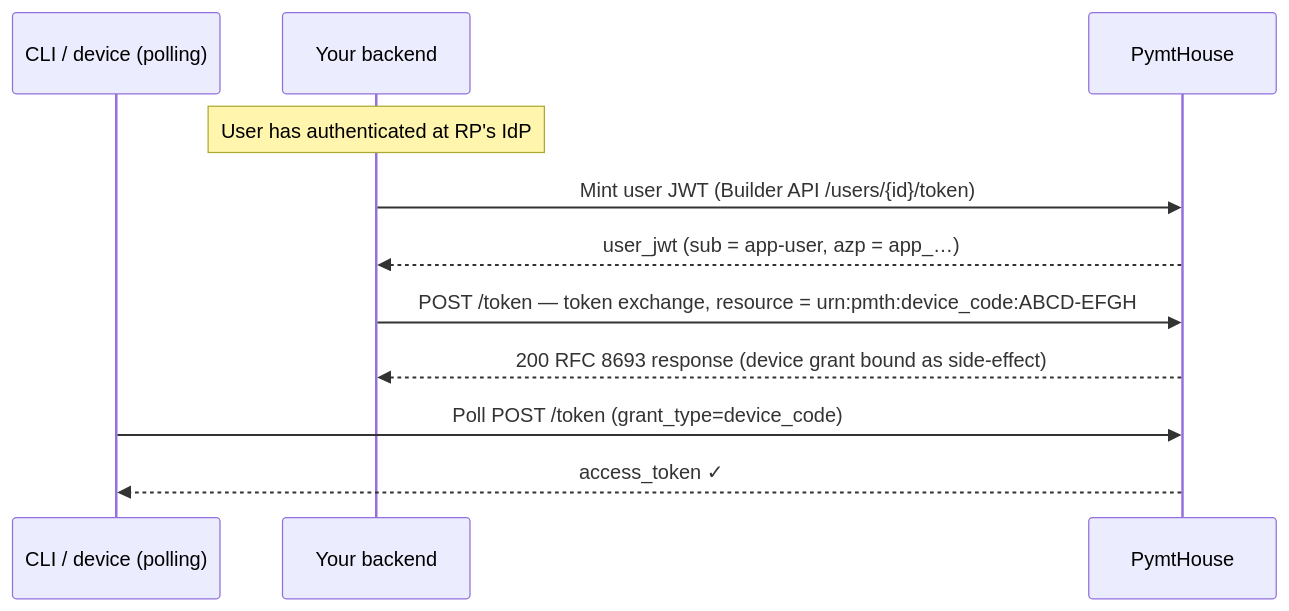
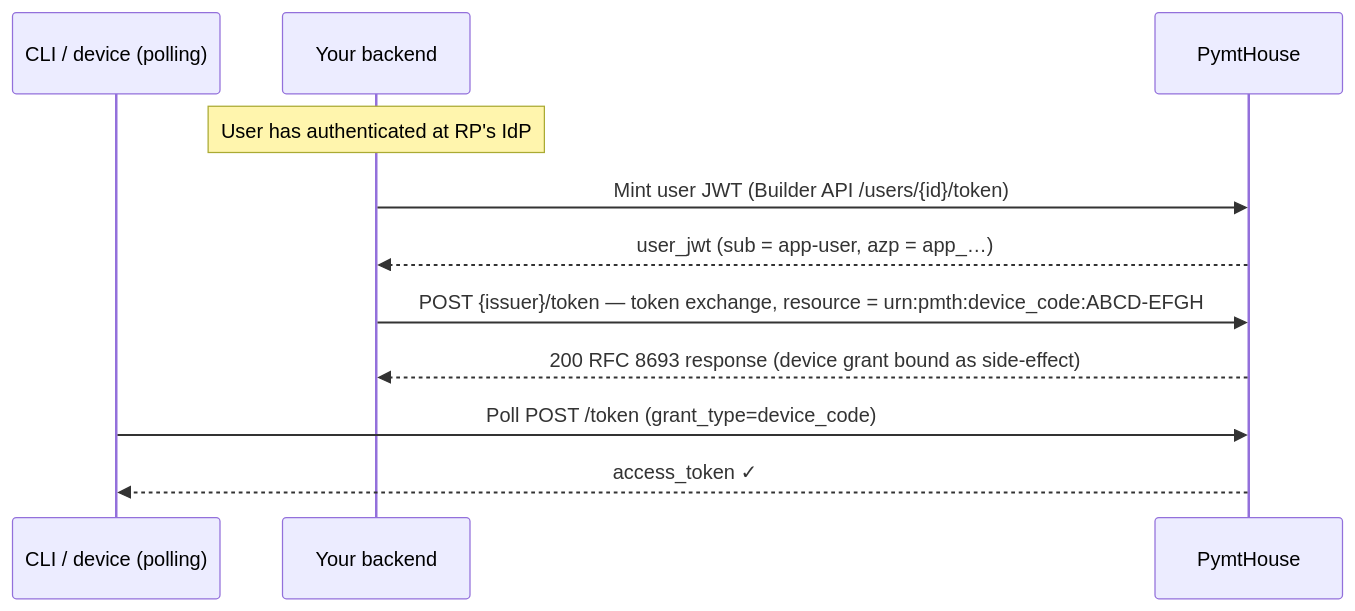
The diagram in integration/token-exchange.mdx (pymthouse/pymthouse-docs), drawn with Mermaid before and after one commit. The commit also changed other lines of this file and 12 other files, not shown here.

````diff
--- a/integration/token-exchange.mdx
+++ b/integration/token-exchange.mdx
@@ -40,14 +28,14 @@
 ```mermaid
 sequenceDiagram
   participant Device as CLI / device (polling)
   participant RP as Your backend
   participant OP as PymtHouse
 
   Note over RP: User has authenticated at RP's IdP
   RP->>OP: Mint user JWT (Builder API /users/{id}/token)
   OP-->>RP: user_jwt (sub = app-user, azp = app_…)
-  RP->>OP: POST /token — token exchange, resource = urn:pmth:device_code:ABCD-EFGH
+  RP->>OP: POST {issuer}/token — token exchange, resource = urn:pmth:device_code:ABCD-EFGH
   OP-->>RP: 200 RFC 8693 response (device grant bound as side-effect)
   Device->>OP: Poll POST /token (grant_type=device_code)
   OP-->>Device: access_token ✓
 ```
````
